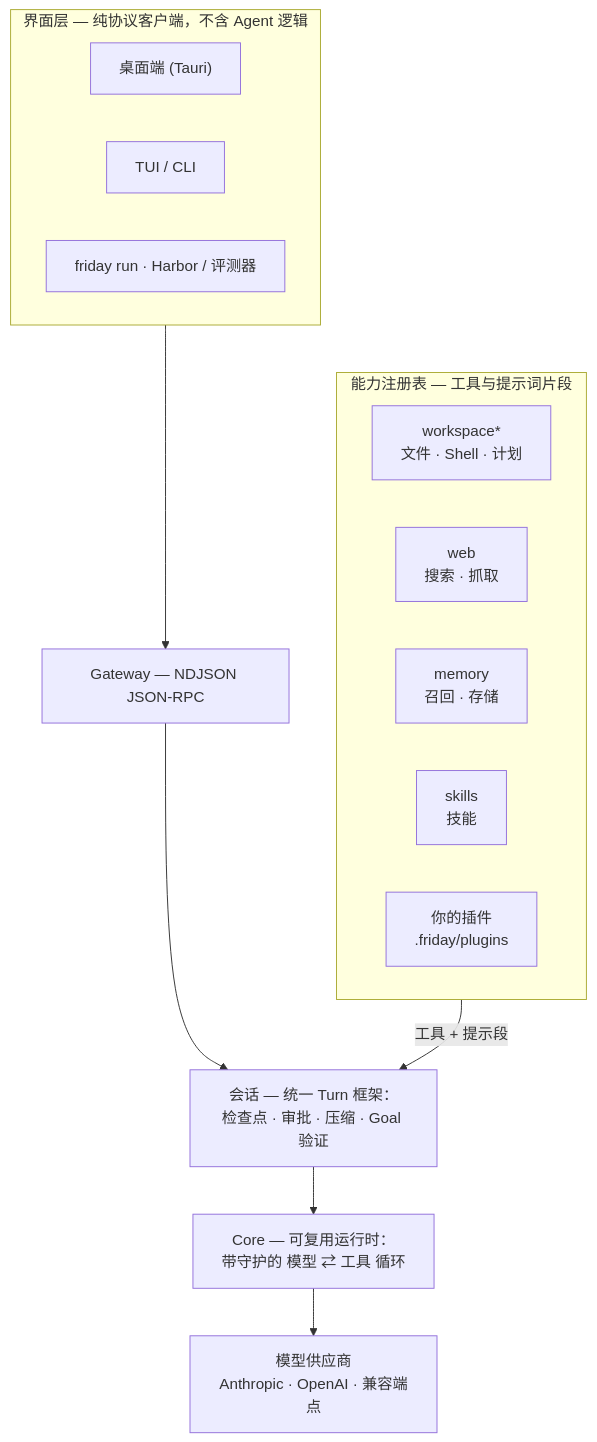
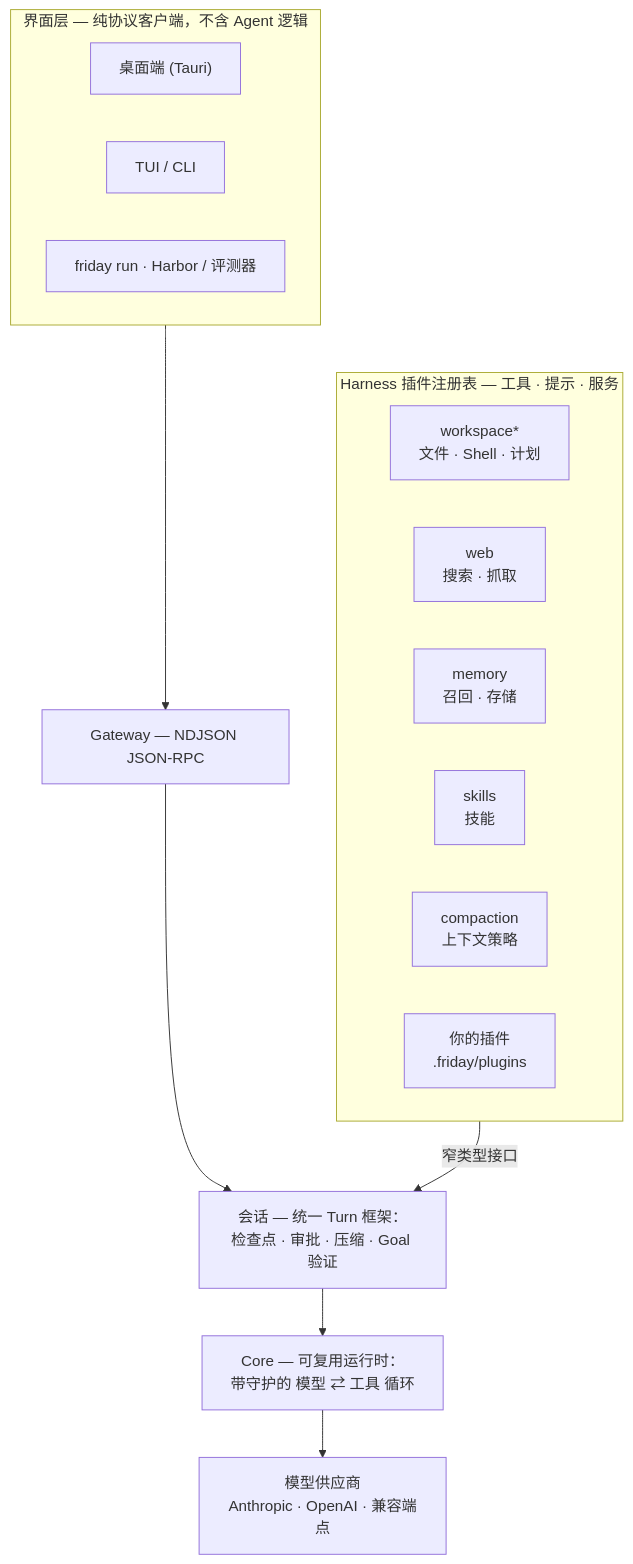
The diagram in README.zh-CN.md (Lancetwang/friday), drawn with Mermaid before and after one commit. The commit also changed other lines of this file and 30 other files, not shown here.

Commit message:
feat: make Harness memory and compaction pluggable

````diff
--- a/README.zh-CN.md
+++ b/README.zh-CN.md
@@ -110,22 +110,23 @@
 ```mermaid
 flowchart TB
     subgraph Surfaces["界面层 — 纯协议客户端，不含 Agent 逻辑"]
         direction LR
         Desktop["桌面端 (Tauri)"]
         TUI["TUI / CLI"]
         Headless["friday run · Harbor / 评测器"]
     end
     Surfaces --> Gateway["Gateway — NDJSON JSON-RPC"]
     Gateway --> Session["会话 — 统一 Turn 框架：<br/>检查点 · 审批 · 压缩 · Goal 验证"]
-    subgraph Registry["能力注册表 — 工具与提示词片段"]
+    subgraph Registry["Harness 插件注册表 — 工具 · 提示 · 服务"]
         direction LR
         Workspace["workspace*<br/>文件 · Shell · 计划"]
         Web["web<br/>搜索 · 抓取"]
         Memory["memory<br/>召回 · 存储"]
         Skills["skills<br/>技能"]
+        Compaction["compaction<br/>上下文策略"]
         External["你的插件<br/>.friday/plugins"]
     end
-    Registry -- "工具 + 提示段" --> Session
+    Registry -- "窄类型接口" --> Session
     Session --> Core["Core — 可复用运行时：<br/>带守护的 模型 ⇄ 工具 循环"]
     Core --> Providers["模型供应商<br/>Anthropic · OpenAI · 兼容端点"]
 ```
````
